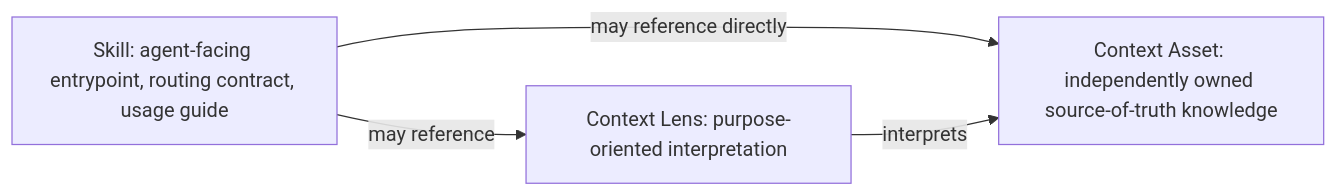
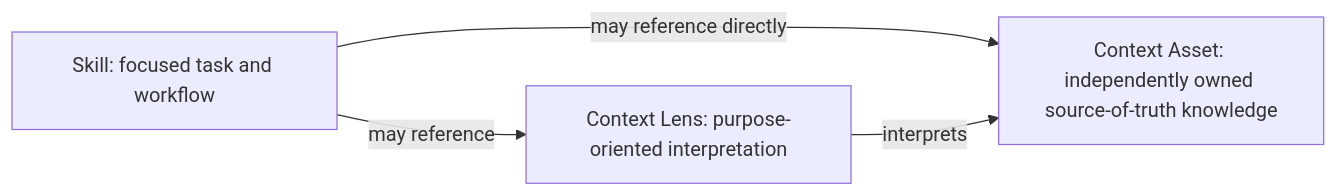
The diagram in design.md (KazuCocoa/renma), drawn with Mermaid before and after one commit. The commit also changed other lines of this file and 21 other files, not shown here.

````diff
--- a/design.md
+++ b/design.md
@@ -24,9 +24,9 @@
 ```mermaid
 flowchart LR
-  Skill["Skill: agent-facing entrypoint, routing contract, usage guide"]
+  Skill["Skill: focused task and workflow"]
   Lens["Context Lens: purpose-oriented interpretation"]
   Asset["Context Asset: independently owned source-of-truth knowledge"]
   Skill -->|may reference| Lens
   Skill -->|may reference directly| Asset
   Lens -->|interprets| Asset
 ```
````
